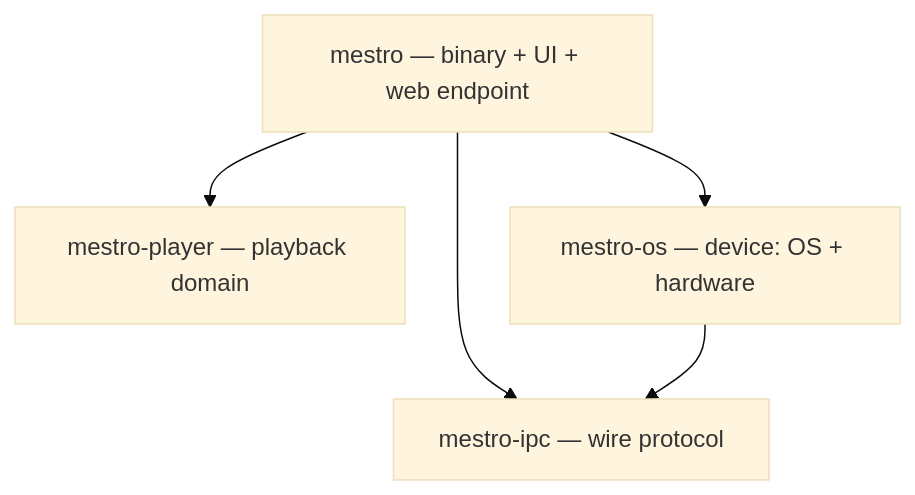
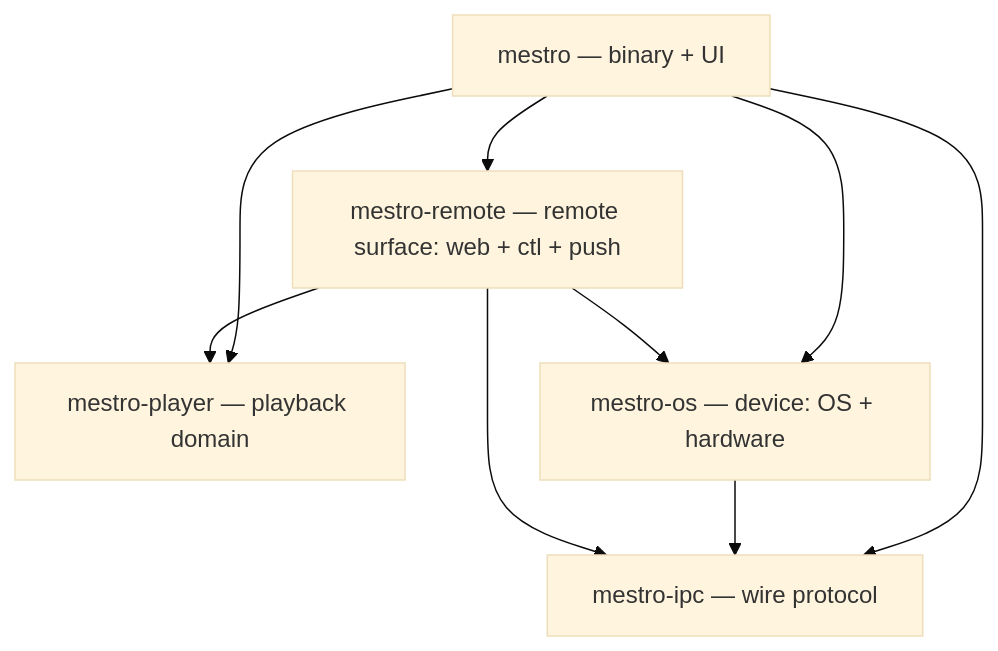
One commit to davidborzek/mestro changed the diagram in docs/architecture.md. Above: the diagram before and after it, drawn with Mermaid (base theme). The commit also changed other lines of this file and 41 other files, not shown here.

````diff
--- a/docs/architecture.md
+++ b/docs/architecture.md
@@ -34,7 +37,11 @@
 ```mermaid
 graph TD
-  mestro["mestro — binary + UI + web endpoint"] --> player["mestro-player — playback domain"]
+  mestro["mestro — binary + UI"] --> player["mestro-player — playback domain"]
   mestro --> os["mestro-os — device: OS + hardware"]
   mestro --> ipc["mestro-ipc — wire protocol"]
+  mestro --> web["mestro-remote — remote surface: web + ctl + push"]
   os --> ipc
+  web --> ipc
+  web --> os
+  web --> player
 ```
````
